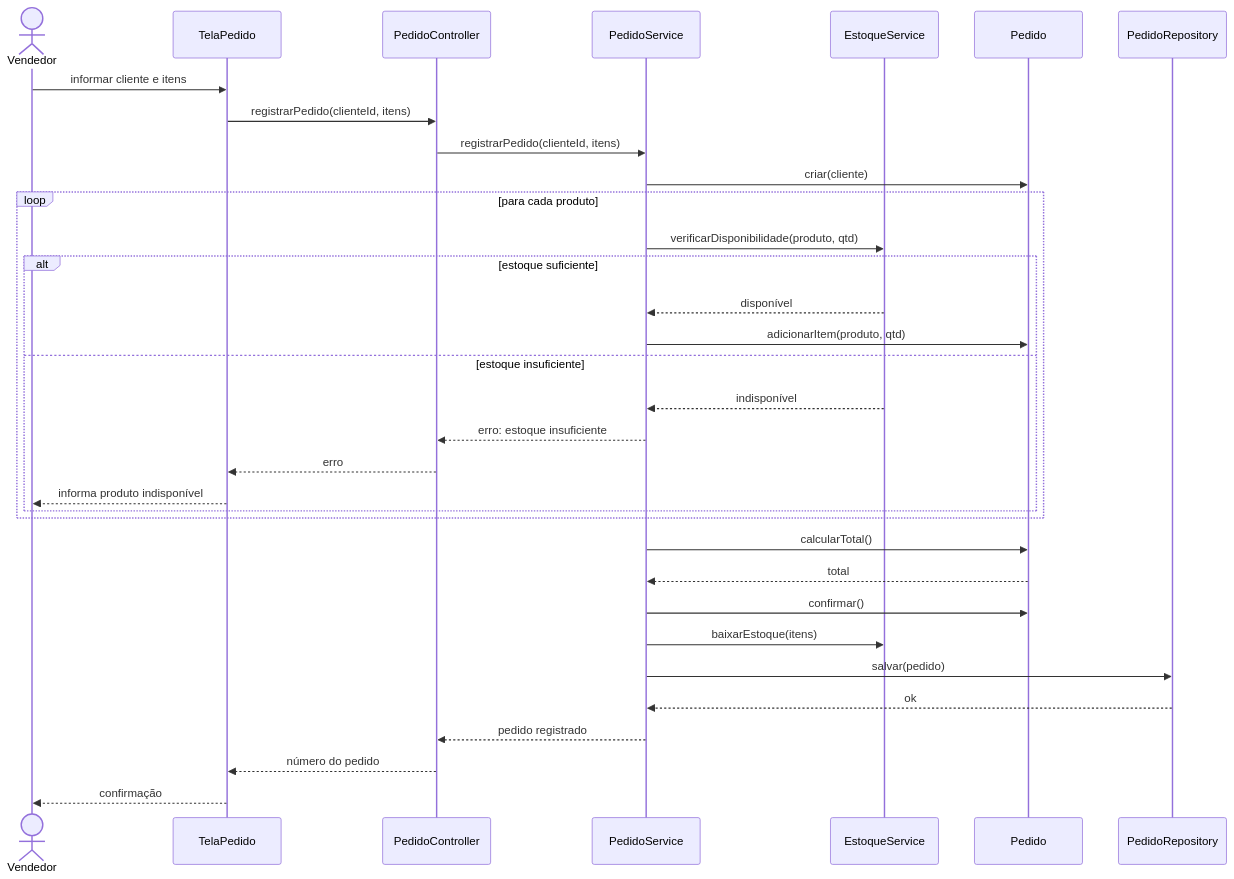
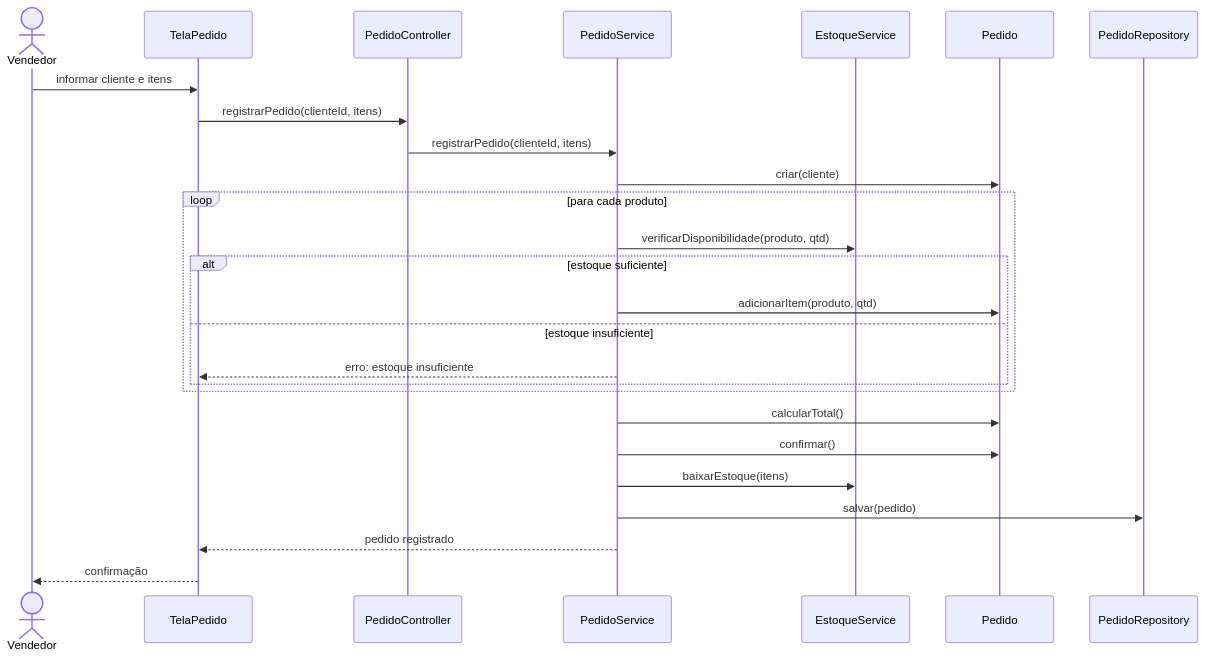
Before and after one commit to PedroWatermann/UEM_Eng_Soft: diagram 12 of 13 in 2_ano/4_semestre/AnaliseProjetoSoftware/ListaExercícios/Lista_6.md, drawn with Mermaid. The commit also changed other lines of this file and 1 other file, not shown here.

````diff
--- a/2_ano/4_semestre/AnaliseProjetoSoftware/ListaExercícios/Lista_6.md
+++ b/2_ano/4_semestre/AnaliseProjetoSoftware/ListaExercícios/Lista_6.md
@@ -748,36 +348,29 @@
 ```mermaid
 sequenceDiagram
     actor Vendedor
     participant TelaPedido
     participant PedidoController
     participant PedidoService
     participant EstoqueService
     participant Pedido
     participant PedidoRepository
 
     Vendedor->>TelaPedido: informar cliente e itens
     TelaPedido->>PedidoController: registrarPedido(clienteId, itens)
     PedidoController->>PedidoService: registrarPedido(clienteId, itens)
     PedidoService->>Pedido: criar(cliente)
     loop para cada produto
         PedidoService->>EstoqueService: verificarDisponibilidade(produto, qtd)
         alt estoque suficiente
-            EstoqueService-->>PedidoService: disponível
             PedidoService->>Pedido: adicionarItem(produto, qtd)
         else estoque insuficiente
-            EstoqueService-->>PedidoService: indisponível
-            PedidoService-->>PedidoController: erro: estoque insuficiente
-            PedidoController-->>TelaPedido: erro
-            TelaPedido-->>Vendedor: informa produto indisponível
+            PedidoService-->>TelaPedido: erro: estoque insuficiente
         end
     end
     PedidoService->>Pedido: calcularTotal()
-    Pedido-->>PedidoService: total
     PedidoService->>Pedido: confirmar()
     PedidoService->>EstoqueService: baixarEstoque(itens)
     PedidoService->>PedidoRepository: salvar(pedido)
-    PedidoRepository-->>PedidoService: ok
-    PedidoService-->>PedidoController: pedido registrado
-    PedidoController-->>TelaPedido: número do pedido
+    PedidoService-->>TelaPedido: pedido registrado
     TelaPedido-->>Vendedor: confirmação
 ```
````
